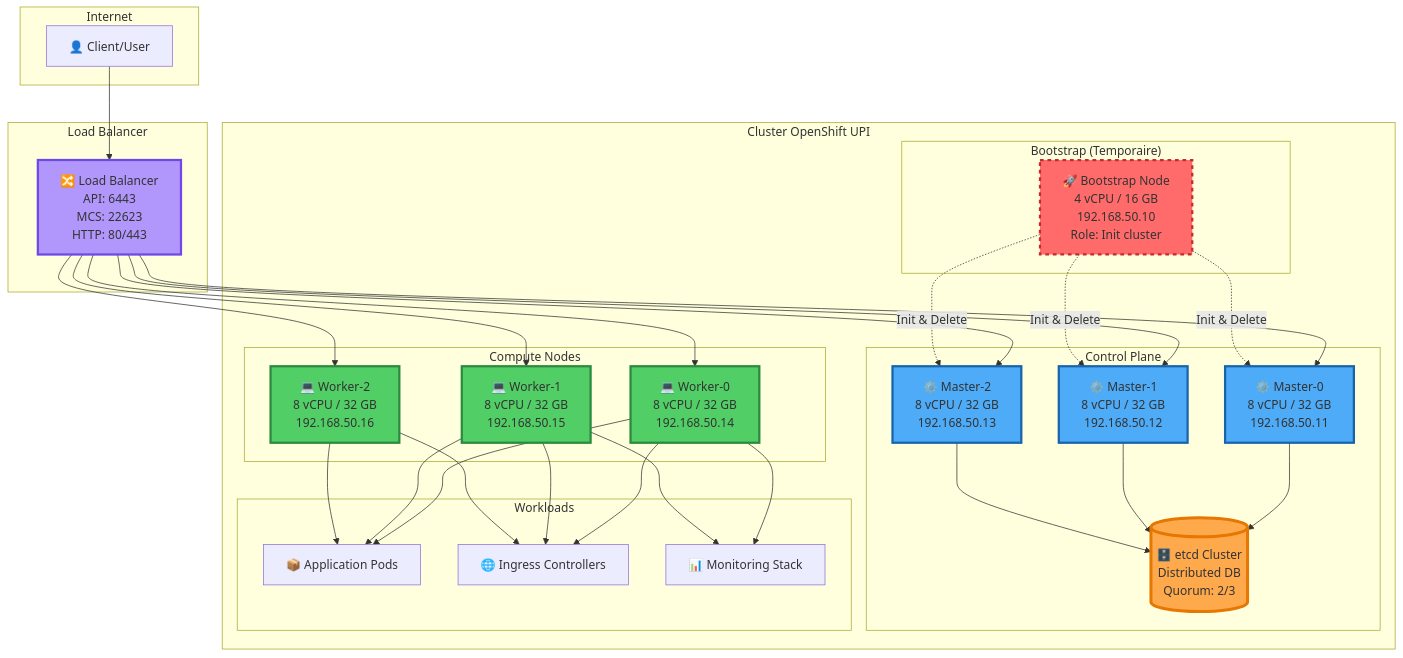
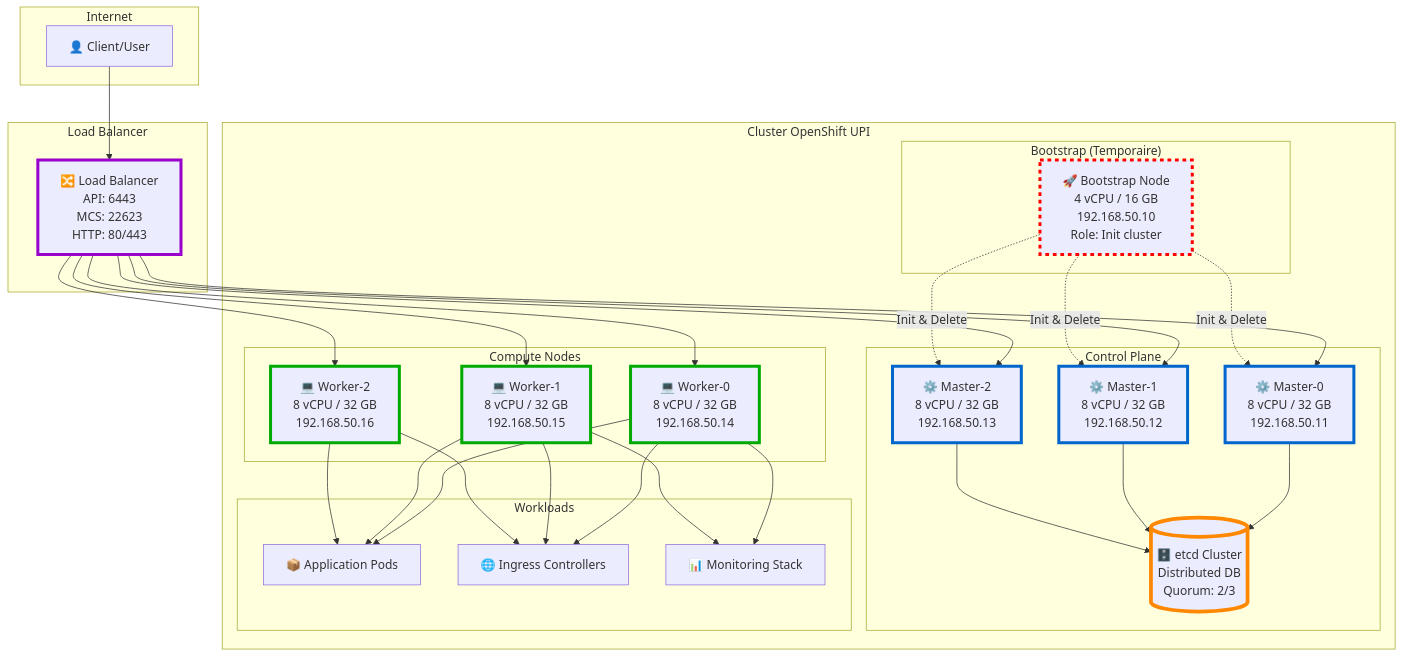
Before and after one commit to Z3ROX-lab/gtt-terraform-pour-openshift-UPI: the first of 8 diagrams in DIAGRAMS_MERMAID.md, drawn with Mermaid. The commit also changed other lines of this file, not shown here.

First line of the commit message:
Amélioration lisibilité diagrammes Mermaid + correction erreur

````diff
--- a/DIAGRAMS_MERMAID.md
+++ b/DIAGRAMS_MERMAID.md
@@ -24,71 +24,71 @@
 ```mermaid
 graph TB
     subgraph Internet
         Client[👤 Client/User]
     end
 
     subgraph "Load Balancer"
         LB[🔀 Load Balancer<br/>API: 6443<br/>MCS: 22623<br/>HTTP: 80/443]
     end
 
     subgraph "Cluster OpenShift UPI"
         subgraph "Bootstrap (Temporaire)"
             Bootstrap[🚀 Bootstrap Node<br/>4 vCPU / 16 GB<br/>192.168.50.10<br/>Role: Init cluster]
         end
 
         subgraph "Control Plane"
             Master0[⚙️ Master-0<br/>8 vCPU / 32 GB<br/>192.168.50.11]
             Master1[⚙️ Master-1<br/>8 vCPU / 32 GB<br/>192.168.50.12]
             Master2[⚙️ Master-2<br/>8 vCPU / 32 GB<br/>192.168.50.13]
 
             etcd[(🗄️ etcd Cluster<br/>Distributed DB<br/>Quorum: 2/3)]
 
             Master0 --> etcd
             Master1 --> etcd
             Master2 --> etcd
         end
 
         subgraph "Compute Nodes"
             Worker0[💻 Worker-0<br/>8 vCPU / 32 GB<br/>192.168.50.14]
             Worker1[💻 Worker-1<br/>8 vCPU / 32 GB<br/>192.168.50.15]
             Worker2[💻 Worker-2<br/>8 vCPU / 32 GB<br/>192.168.50.16]
         end
 
         subgraph "Workloads"
             Apps[📦 Application Pods]
             Ingress[🌐 Ingress Controllers]
             Monitoring[📊 Monitoring Stack]
         end
     end
 
     Client --> LB
     LB --> Master0
     LB --> Master1
     LB --> Master2
     LB --> Worker0
     LB --> Worker1
     LB --> Worker2
 
     Bootstrap -.->|Init & Delete| Master0
     Bootstrap -.->|Init & Delete| Master1
     Bootstrap -.->|Init & Delete| Master2
 
     Worker0 --> Apps
     Worker1 --> Apps
     Worker2 --> Apps
     Worker0 --> Ingress
     Worker1 --> Ingress
     Worker2 --> Ingress
     Worker0 --> Monitoring
     Worker1 --> Monitoring
 
-    style Bootstrap fill:#ff6b6b,stroke:#c92a2a,stroke-width:3px,stroke-dasharray: 5 5
-    style Master0 fill:#4dabf7,stroke:#1864ab,stroke-width:3px
-    style Master1 fill:#4dabf7,stroke:#1864ab,stroke-width:3px
-    style Master2 fill:#4dabf7,stroke:#1864ab,stroke-width:3px
-    style Worker0 fill:#51cf66,stroke:#2b8a3e,stroke-width:3px
-    style Worker1 fill:#51cf66,stroke:#2b8a3e,stroke-width:3px
-    style Worker2 fill:#51cf66,stroke:#2b8a3e,stroke-width:3px
-    style etcd fill:#ffa94d,stroke:#e67700,stroke-width:4px
-    style LB fill:#b197fc,stroke:#7048e8,stroke-width:3px
+    style Bootstrap stroke:#FF0000,stroke-width:4px,stroke-dasharray: 5 5
+    style Master0 stroke:#0066CC,stroke-width:4px
+    style Master1 stroke:#0066CC,stroke-width:4px
+    style Master2 stroke:#0066CC,stroke-width:4px
+    style Worker0 stroke:#00AA00,stroke-width:4px
+    style Worker1 stroke:#00AA00,stroke-width:4px
+    style Worker2 stroke:#00AA00,stroke-width:4px
+    style etcd stroke:#FF8800,stroke-width:5px
+    style LB stroke:#9900CC,stroke-width:4px
 ```
````
